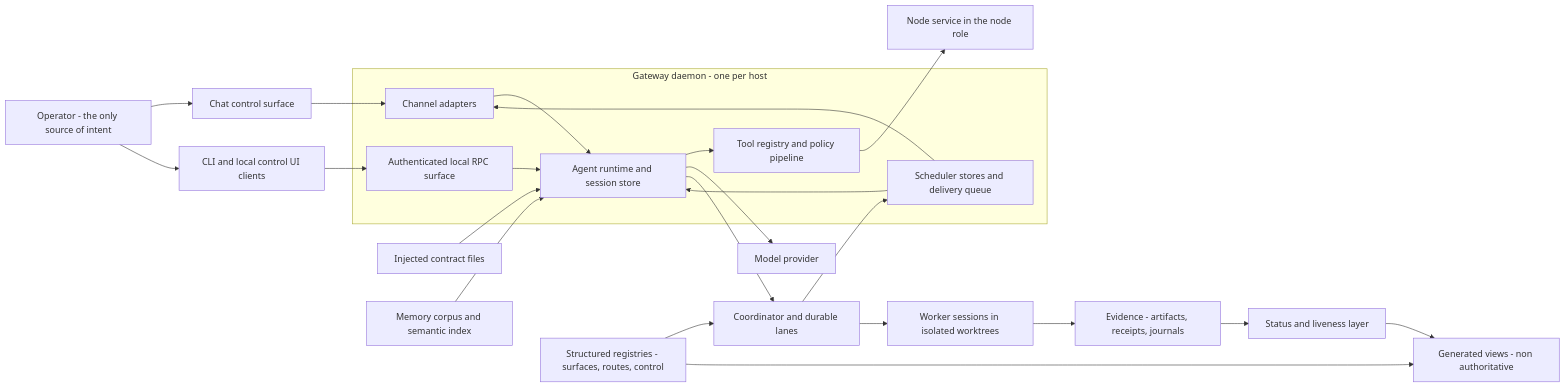
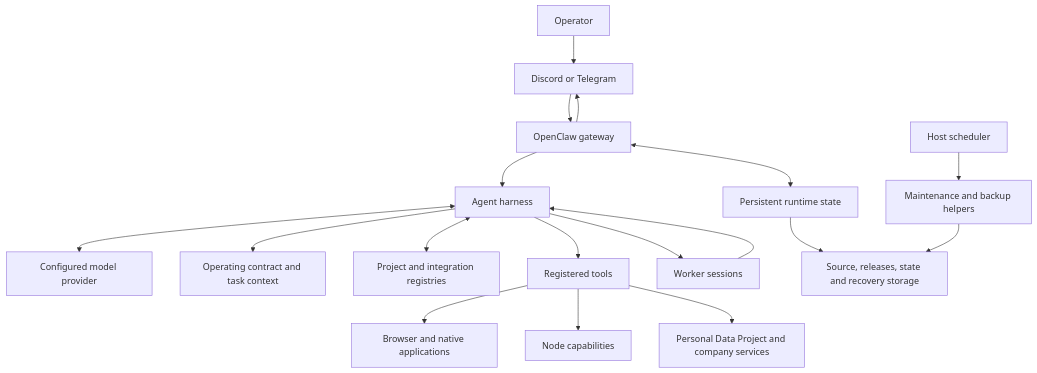
The diagram in diagrams/system-context.mmd (josephbergvinson/openclaw-control-plane), drawn with Mermaid before and after one commit. The commit also changed 239 other files, not shown here.

Commit message:
Rebuild reference around the OpenClaw 2026.9.3 installation

```diff
--- a/diagrams/system-context.mmd
+++ b/diagrams/system-context.mmd
@@ -1,42 +1,18 @@
-flowchart LR
-  OP[Operator - the only source of intent]
-  CS[Chat control surface]
-  CLI[CLI and local control UI clients]
-  subgraph GW[Gateway daemon - one per host]
-    CH[Channel adapters]
-    WSS[Authenticated local RPC surface]
-    AR[Agent runtime and session store]
-    TR[Tool registry and policy pipeline]
-    SCH[Scheduler stores and delivery queue]
-  end
-  CON[Injected contract files]
-  REG[Structured registries - surfaces, routes, control]
-  ST[Status and liveness layer]
-  VIEW[Generated views - non authoritative]
-  MEM[Memory corpus and semantic index]
-  CO[Coordinator and durable lanes]
-  WK[Worker sessions in isolated worktrees]
-  EV[Evidence - artifacts, receipts, journals]
-  ND[Node service in the node role]
-  MP[Model provider]
-  OP --> CS
-  OP --> CLI
-  CS --> CH
-  CLI --> WSS
-  CH --> AR
-  WSS --> AR
-  AR --> TR
-  AR --> MP
-  TR --> ND
-  CON --> AR
-  MEM --> AR
-  AR --> CO
-  REG --> CO
-  CO --> WK
-  CO --> SCH
-  SCH --> AR
-  WK --> EV
-  EV --> ST
-  REG --> VIEW
-  ST --> VIEW
-  SCH --> CH
+flowchart TB
+    O[Operator] --> C[Discord or Telegram]
+    C --> G[OpenClaw gateway]
+    G --> H[Agent harness]
+    H <--> M[Configured model provider]
+    H --> P[Operating contract and task context]
+    H <--> R[Project and integration registries]
+    H --> T[Registered tools]
+    H --> W[Worker sessions]
+    W --> H
+    G <--> S[Persistent runtime state]
+    T --> A[Browser and native applications]
+    T --> N[Node capabilities]
+    T --> D[Personal Data Project and company services]
+    G --> C
+    J[Host scheduler] --> K[Maintenance and backup helpers]
+    K --> F[Source, releases, state and recovery storage]
+    S --> F
```
